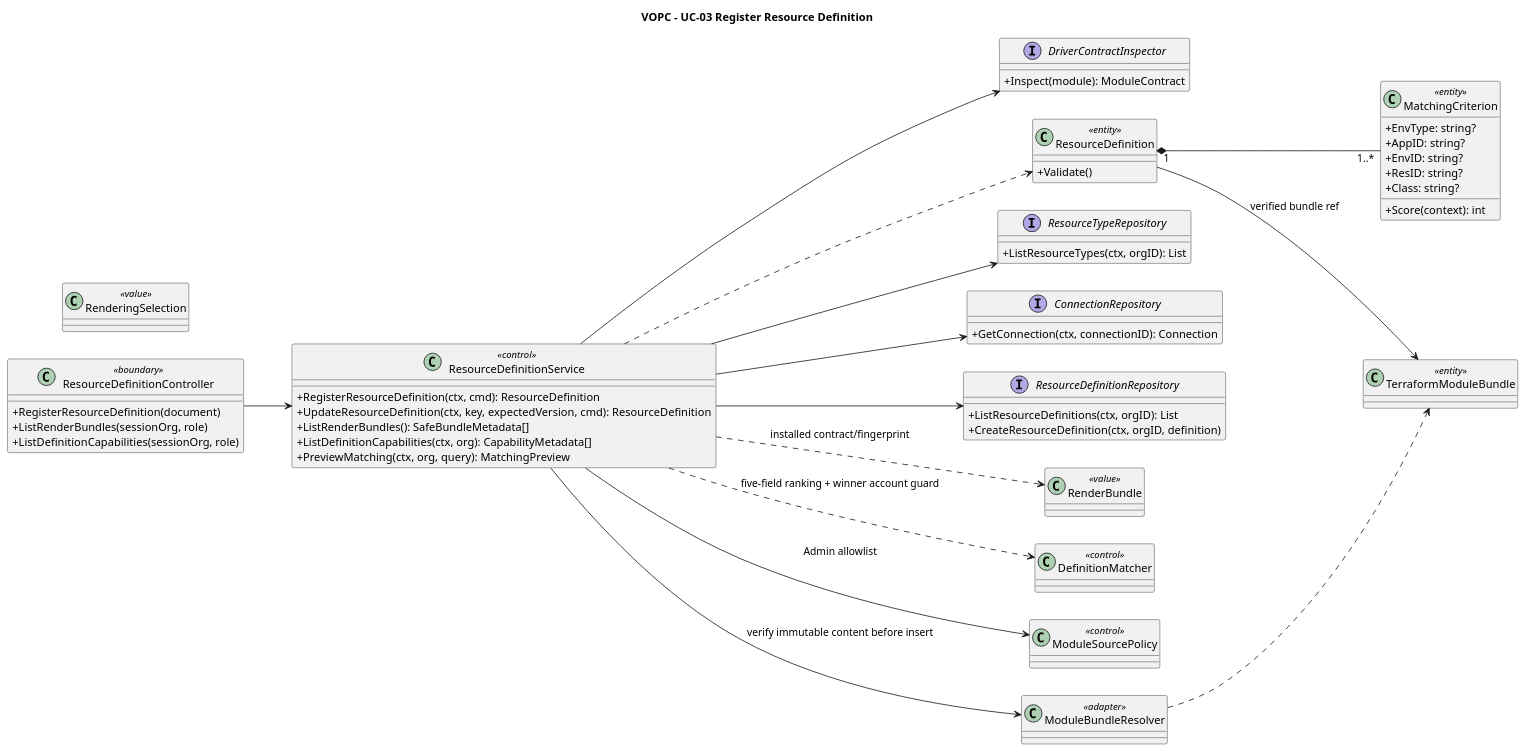
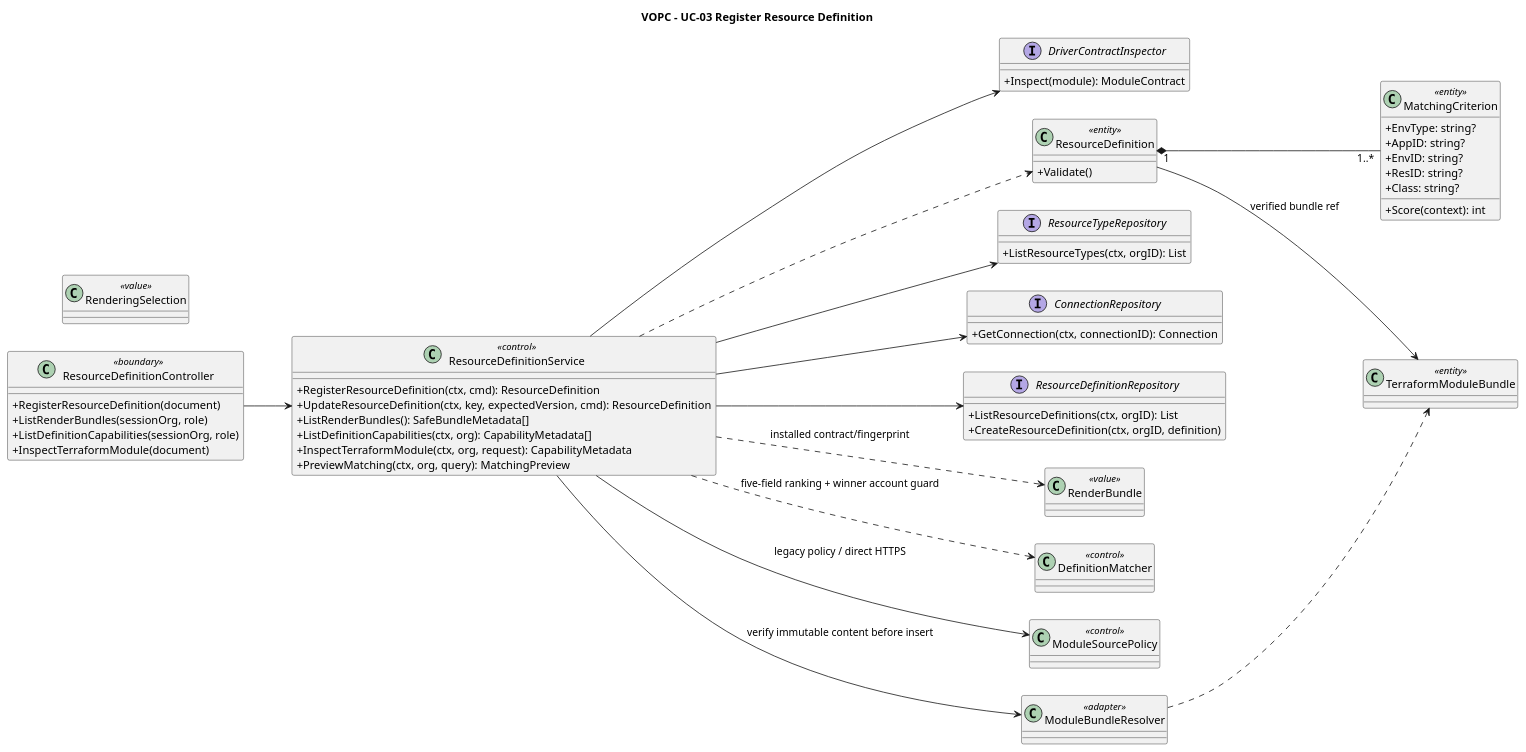
The diagram in orchestrator_docs/usecase/UC-03/vopc.puml (pr3s3nt/poc), drawn with PlantUML before and after one commit. The commit also changed 42 other files, not shown here.

```diff
--- a/orchestrator_docs/usecase/UC-03/vopc.puml
+++ b/orchestrator_docs/usecase/UC-03/vopc.puml
@@ -1,60 +1,62 @@
 @startuml
 title VOPC - UC-03 Register Resource Definition
 left to right direction
 skinparam classAttributeIconSize 0
 class ResourceDefinitionController <<boundary>> {
   +RegisterResourceDefinition(document)
   +ListRenderBundles(sessionOrg, role)
   +ListDefinitionCapabilities(sessionOrg, role)
+  +InspectTerraformModule(document)
 }
 class ResourceDefinitionService <<control>> {
   +RegisterResourceDefinition(ctx, cmd): ResourceDefinition
     +UpdateResourceDefinition(ctx, key, expectedVersion, cmd): ResourceDefinition
   +ListRenderBundles(): SafeBundleMetadata[]
   +ListDefinitionCapabilities(ctx, org): CapabilityMetadata[]
+  +InspectTerraformModule(ctx, org, request): CapabilityMetadata
   +PreviewMatching(ctx, org, query): MatchingPreview
 }
 interface DriverContractInspector {
   +Inspect(module): ModuleContract
 }
 class ResourceDefinition <<entity>> {
   +Validate()
 }
 class MatchingCriterion <<entity>> {
   +EnvType: string?
   +AppID: string?
   +EnvID: string?
   +ResID: string?
   +Class: string?
   +Score(context): int
 }
 interface ResourceTypeRepository {
   +ListResourceTypes(ctx, orgID): List
 }
 interface ConnectionRepository {
   +GetConnection(ctx, connectionID): Connection
 }
 interface ResourceDefinitionRepository {
   +ListResourceDefinitions(ctx, orgID): List
   +CreateResourceDefinition(ctx, orgID, definition)
 }
 ResourceDefinitionController --> ResourceDefinitionService
 ResourceDefinitionService --> DriverContractInspector
 ResourceDefinitionService --> ResourceTypeRepository
 ResourceDefinitionService --> ConnectionRepository
 ResourceDefinitionService --> ResourceDefinitionRepository
 ResourceDefinitionService ..> ResourceDefinition
 ResourceDefinition "1" *-- "1..*" MatchingCriterion
 class RenderBundle <<value>>
 class RenderingSelection <<value>>
 ResourceDefinitionService ..> RenderBundle : installed contract/fingerprint
 class DefinitionMatcher <<control>>
 ResourceDefinitionService ..> DefinitionMatcher : five-field ranking + winner account guard
 class ModuleSourcePolicy <<control>>
 class ModuleBundleResolver <<adapter>>
 class TerraformModuleBundle <<entity>>
-ResourceDefinitionService --> ModuleSourcePolicy : Admin allowlist
+ResourceDefinitionService --> ModuleSourcePolicy : legacy policy / direct HTTPS
 ResourceDefinitionService --> ModuleBundleResolver : verify immutable content before insert
 ModuleBundleResolver ..> TerraformModuleBundle
 ResourceDefinition --> TerraformModuleBundle : verified bundle ref
 @enduml
```
